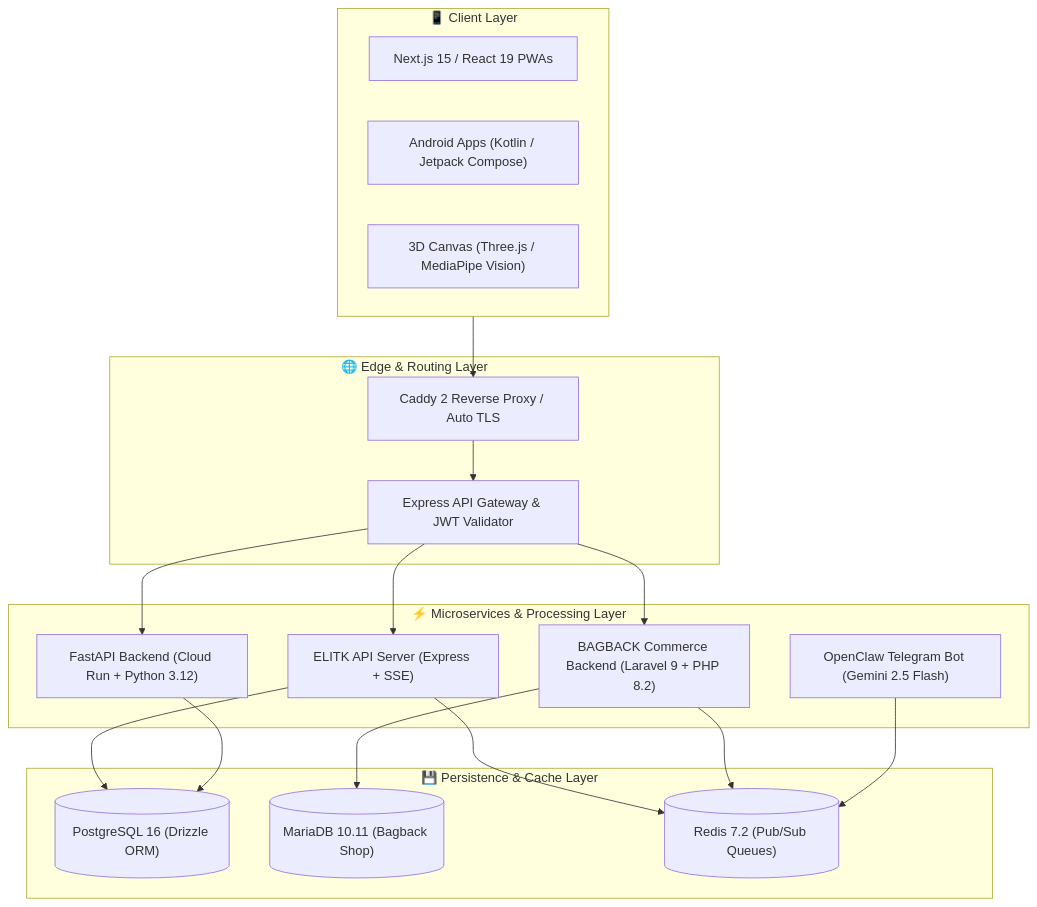
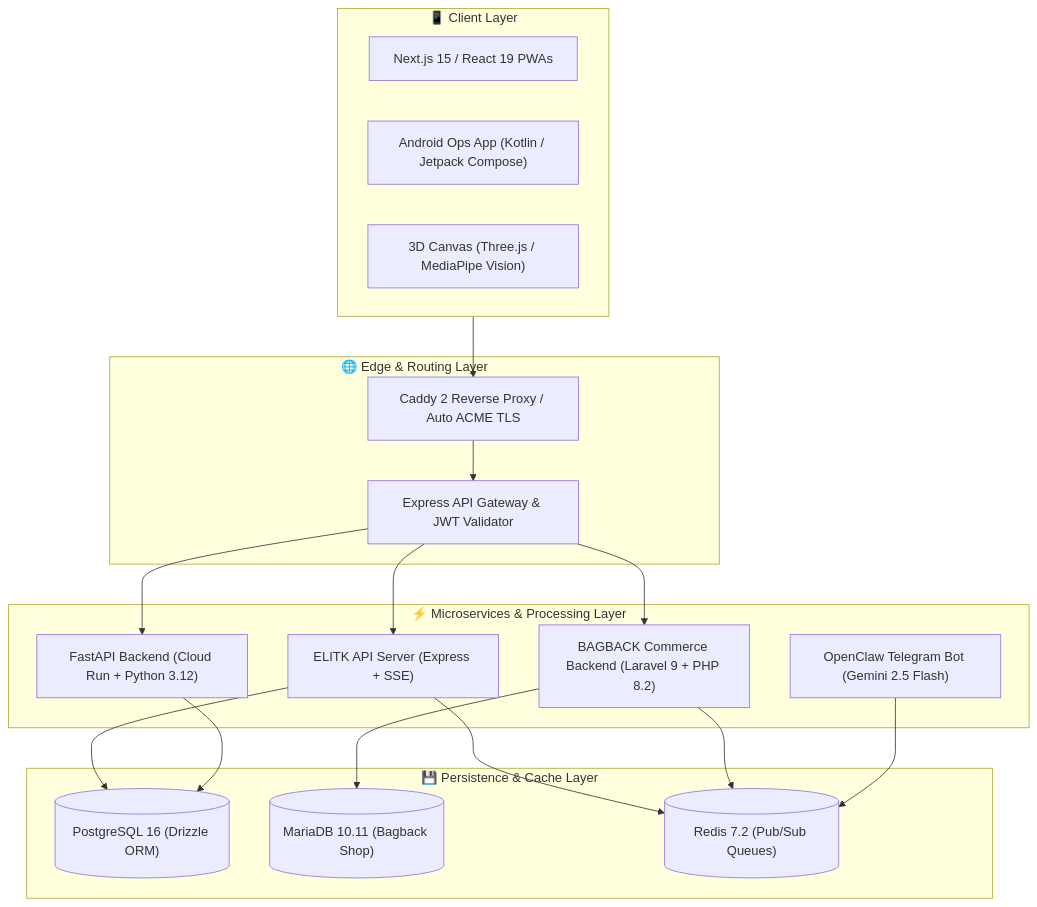
One commit to mohamedosamaai/mohamedosamaai changed the diagram in README.md. Above: the diagram before and after it, drawn with Mermaid. The commit also changed other lines of this file and 4 other files, not shown here.

Commit message:
feat(tab-bar): add community standards for native tab bar, uncollapse C4 diagram, and purge Seal

````diff
--- a/README.md
+++ b/README.md
@@ -225,38 +194,38 @@
 ```mermaid
 graph TB
     subgraph Clients ["📱 Client Layer"]
         PWA["Next.js 15 / React 19 PWAs"]
-        Mobile["Android Apps (Kotlin / Jetpack Compose)"]
+        Mobile["Android Ops App (Kotlin / Jetpack Compose)"]
         WebGL["3D Canvas (Three.js / MediaPipe Vision)"]
     end
 
     subgraph Edge ["🌐 Edge & Routing Layer"]
-        Proxy["Caddy 2 Reverse Proxy / Auto TLS"]
+        Proxy["Caddy 2 Reverse Proxy / Auto ACME TLS"]
         Gateway["Express API Gateway & JWT Validator"]
     end
 
     subgraph Microservices ["⚡ Microservices & Processing Layer"]
         API["ELITK API Server (Express + SSE)"]
         FastAPI["FastAPI Backend (Cloud Run + Python 3.12)"]
         AI["OpenClaw Telegram Bot (Gemini 2.5 Flash)"]
         Laravel["BAGBACK Commerce Backend (Laravel 9 + PHP 8.2)"]
     end
 
     subgraph Persistence ["💾 Persistence & Cache Layer"]
         Postgres[("PostgreSQL 16 (Drizzle ORM)")]
         Maria[("MariaDB 10.11 (Bagback Shop)")]
         Redis[("Redis 7.2 (Pub/Sub Queues)")]
     end
 
     Clients --> Proxy
     Proxy --> Gateway
     Gateway --> API
     Gateway --> FastAPI
     Gateway --> Laravel
     API --> Postgres
     API --> Redis
     FastAPI --> Postgres
     Laravel --> Maria
     Laravel --> Redis
     AI --> Redis
 ```
````
